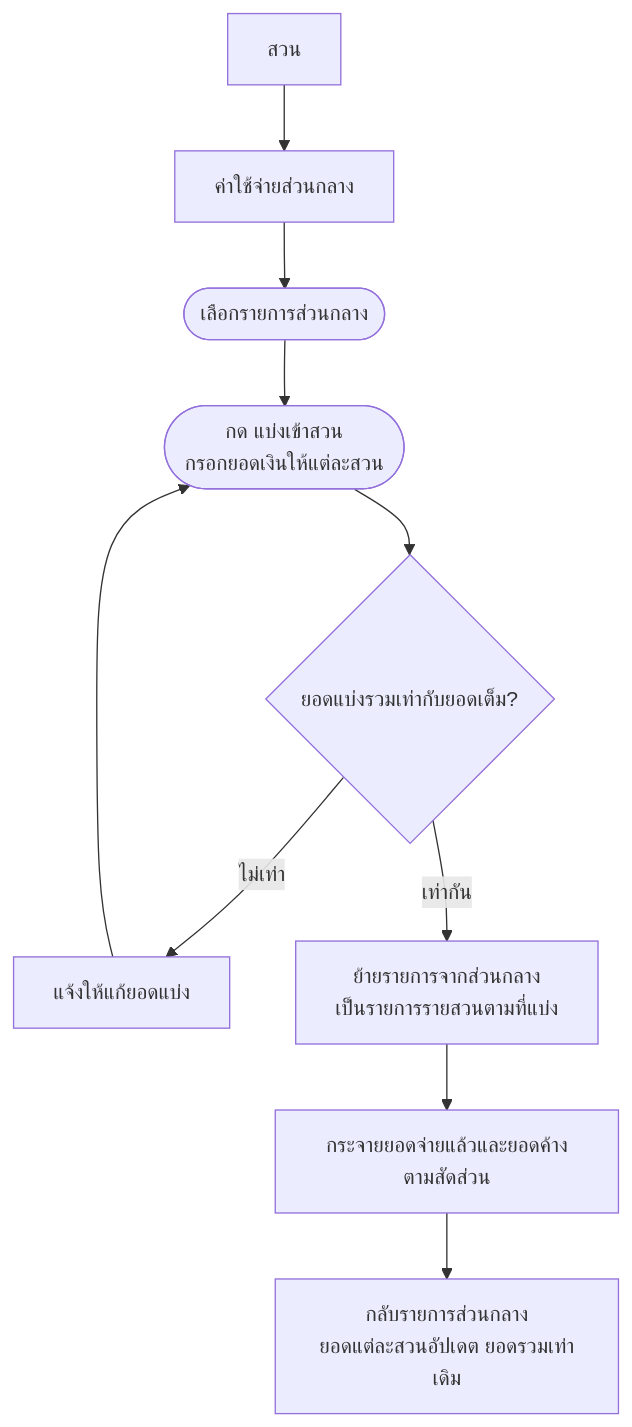
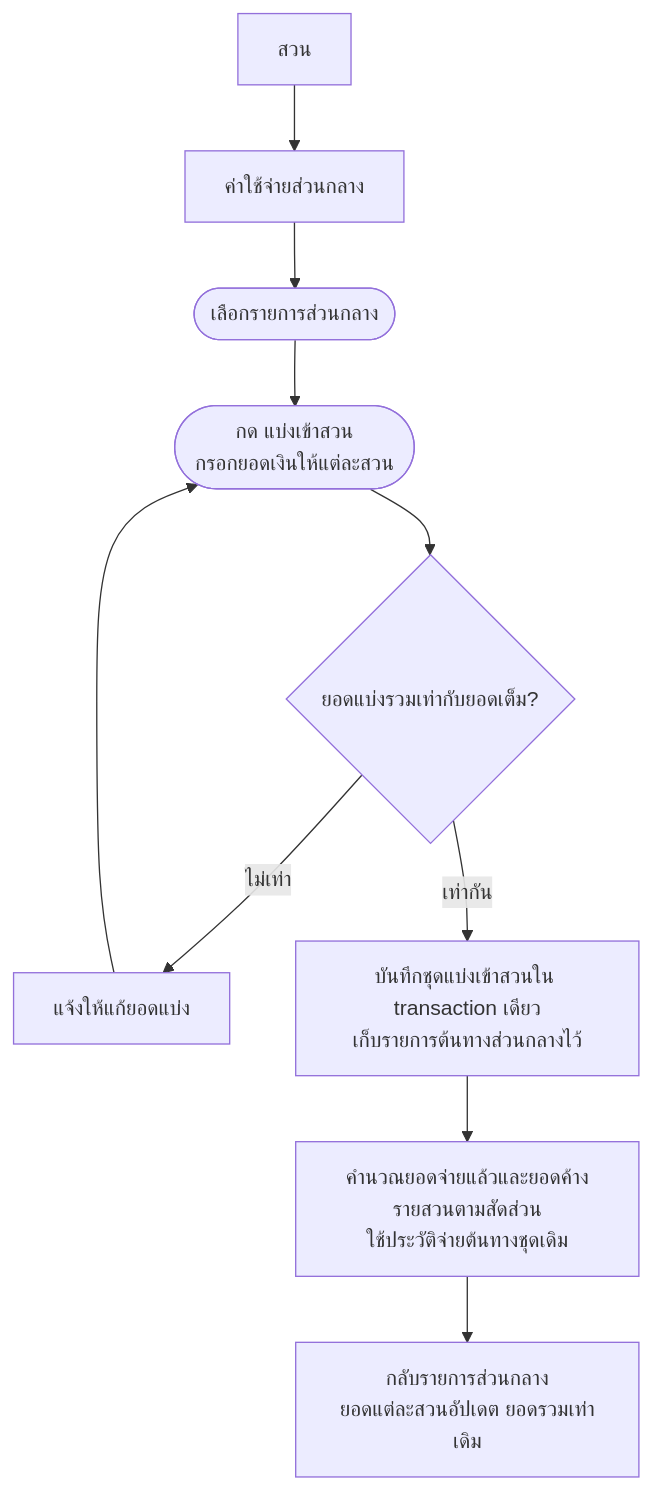
One commit to SitthiwatR/palm-ledger changed the ninth of 12 diagrams in user-flow.md. Above: the diagram before and after it, drawn with Mermaid. The commit also changed other lines of this file and 3 other files, not shown here.

Commit message:
docs: define Supabase architecture and ten-step implementation plan

````diff
--- a/user-flow.md
+++ b/user-flow.md
@@ -144,12 +188,12 @@
 ```mermaid
 flowchart TD
     Gardens["สวน"] --> Shared["ค่าใช้จ่ายส่วนกลาง"]
     Shared --> Detail(["เลือกรายการส่วนกลาง"])
     Detail --> Allocate(["กด แบ่งเข้าสวน<br/>กรอกยอดเงินให้แต่ละสวน"])
     Allocate --> Total{"ยอดแบ่งรวมเท่ากับยอดเต็ม?"}
     Total -->|"ไม่เท่า"| Fix["แจ้งให้แก้ยอดแบ่ง"]
     Fix --> Allocate
-    Total -->|"เท่ากัน"| Save["ย้ายรายการจากส่วนกลาง<br/>เป็นรายการรายสวนตามที่แบ่ง"]
-    Save --> Distribute["กระจายยอดจ่ายแล้วและยอดค้างตามสัดส่วน"]
+    Total -->|"เท่ากัน"| Save["บันทึกชุดแบ่งเข้าสวนใน transaction เดียว<br/>เก็บรายการต้นทางส่วนกลางไว้"]
+    Save --> Distribute["คำนวณยอดจ่ายแล้วและยอดค้างรายสวนตามสัดส่วน<br/>ใช้ประวัติจ่ายต้นทางชุดเดิม"]
     Distribute --> Back["กลับรายการส่วนกลาง<br/>ยอดแต่ละสวนอัปเดต ยอดรวมเท่าเดิม"]
 ```
````
